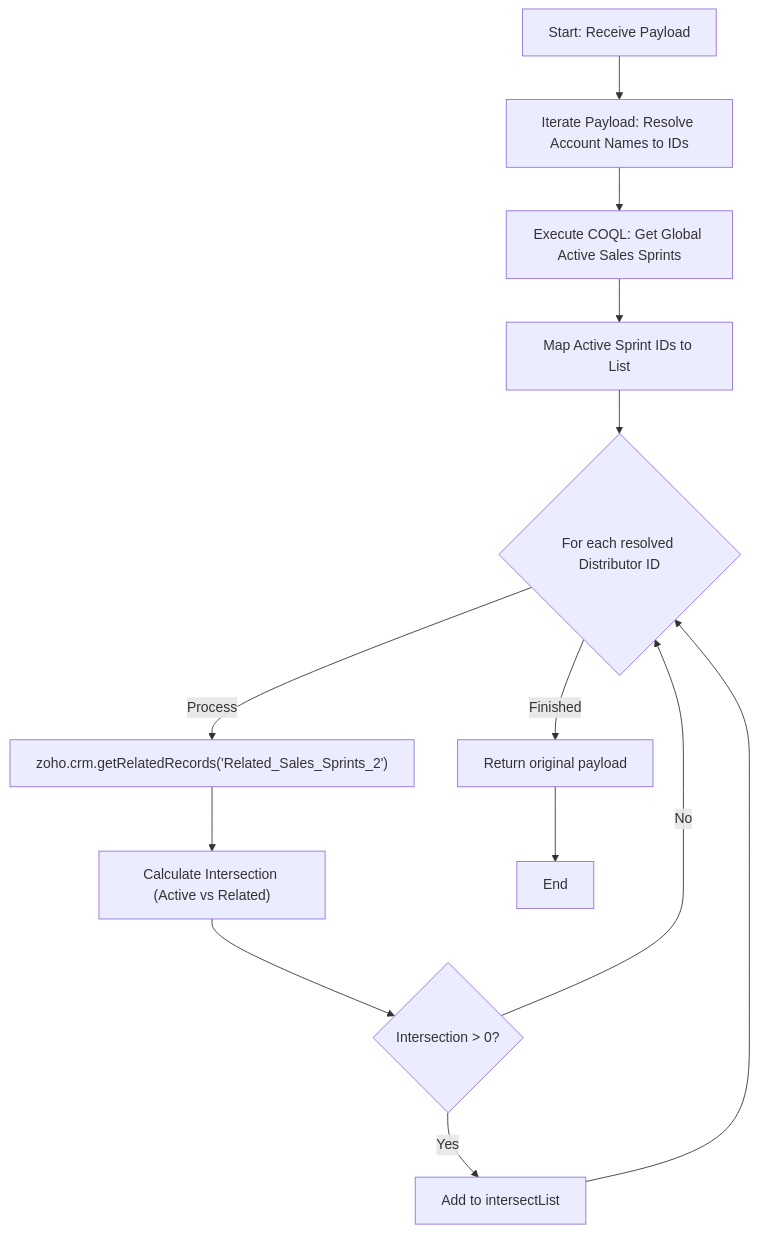
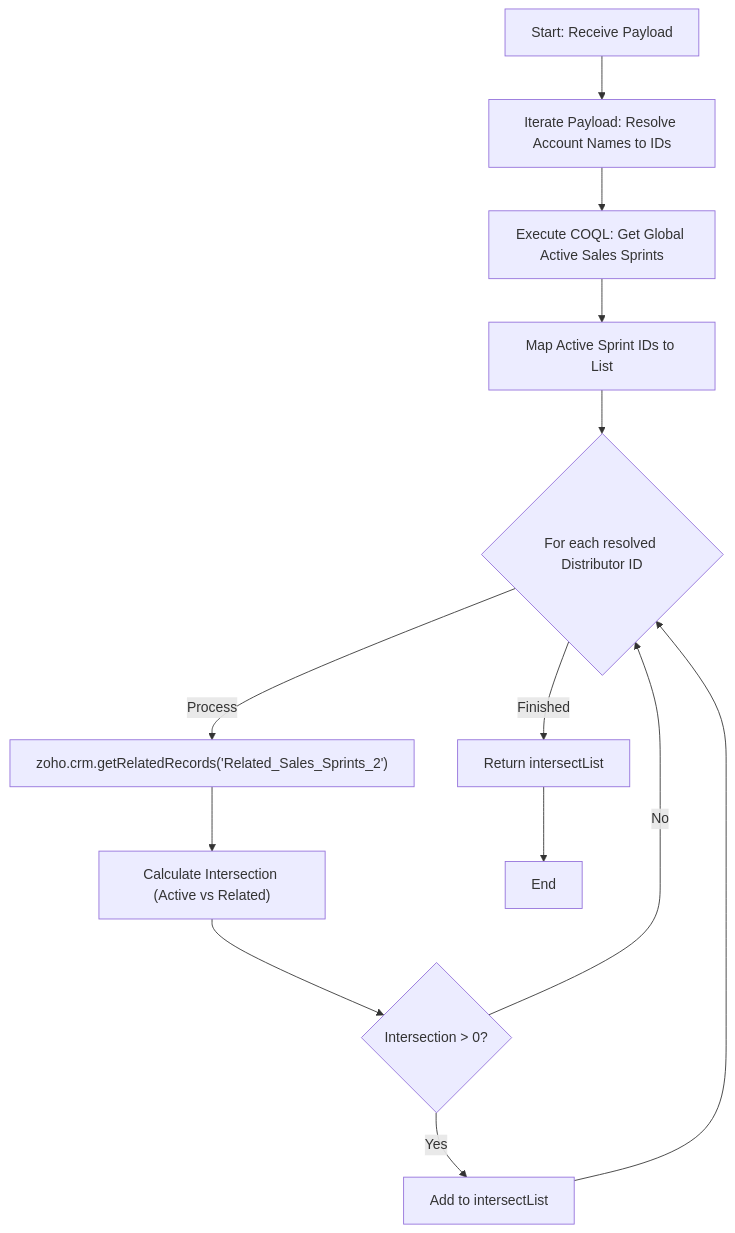
The diagram in scripts/delugeSendToActiveCampaignLimit/delugeSendToActiveCampaignLimit.md (martinkp93/zoho-scripts), drawn with Mermaid before and after one commit. The commit also changed other lines of this file, not shown here.

````diff
--- a/scripts/delugeSendToActiveCampaignLimit/delugeSendToActiveCampaignLimit.md
+++ b/scripts/delugeSendToActiveCampaignLimit/delugeSendToActiveCampaignLimit.md
@@ -36,15 +36,15 @@
 ```mermaid
 graph TD
     Start["Start: Receive Payload"] --> ResolveDistributors["Iterate Payload: Resolve Account Names to IDs"]
     ResolveDistributors --> COQLQuery["Execute COQL: Get Global Active Sales Sprints"]
     COQLQuery --> MapActiveIDs["Map Active Sprint IDs to List"]
     MapActiveIDs --> DistLoopStart{"For each resolved Distributor ID"}
     DistLoopStart -- "Process" --> GetRelated["zoho.crm.getRelatedRecords('Related_Sales_Sprints_2')"]
     GetRelated --> Intersect["Calculate Intersection (Active vs Related)"]
     Intersect --> CheckSize{"Intersection > 0?"}
     CheckSize -- "Yes" --> AddToList["Add to intersectList"]
     CheckSize -- "No" --> DistLoopStart
     AddToList --> DistLoopStart
-    DistLoopStart -- "Finished" --> ReturnPayload["Return original payload"]
+    DistLoopStart -- "Finished" --> ReturnPayload["Return intersectList"]
     ReturnPayload --> End["End"]
 ```
````
